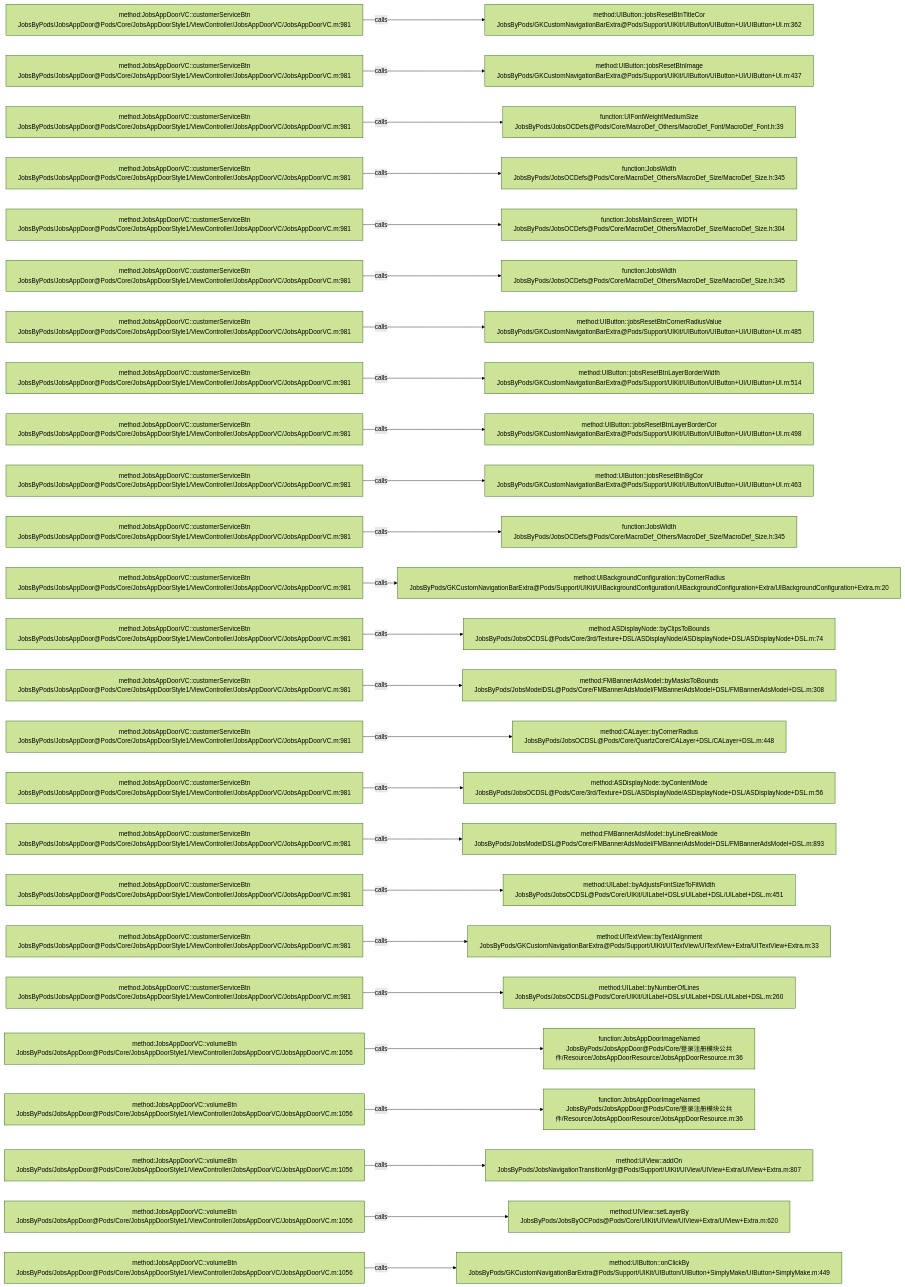
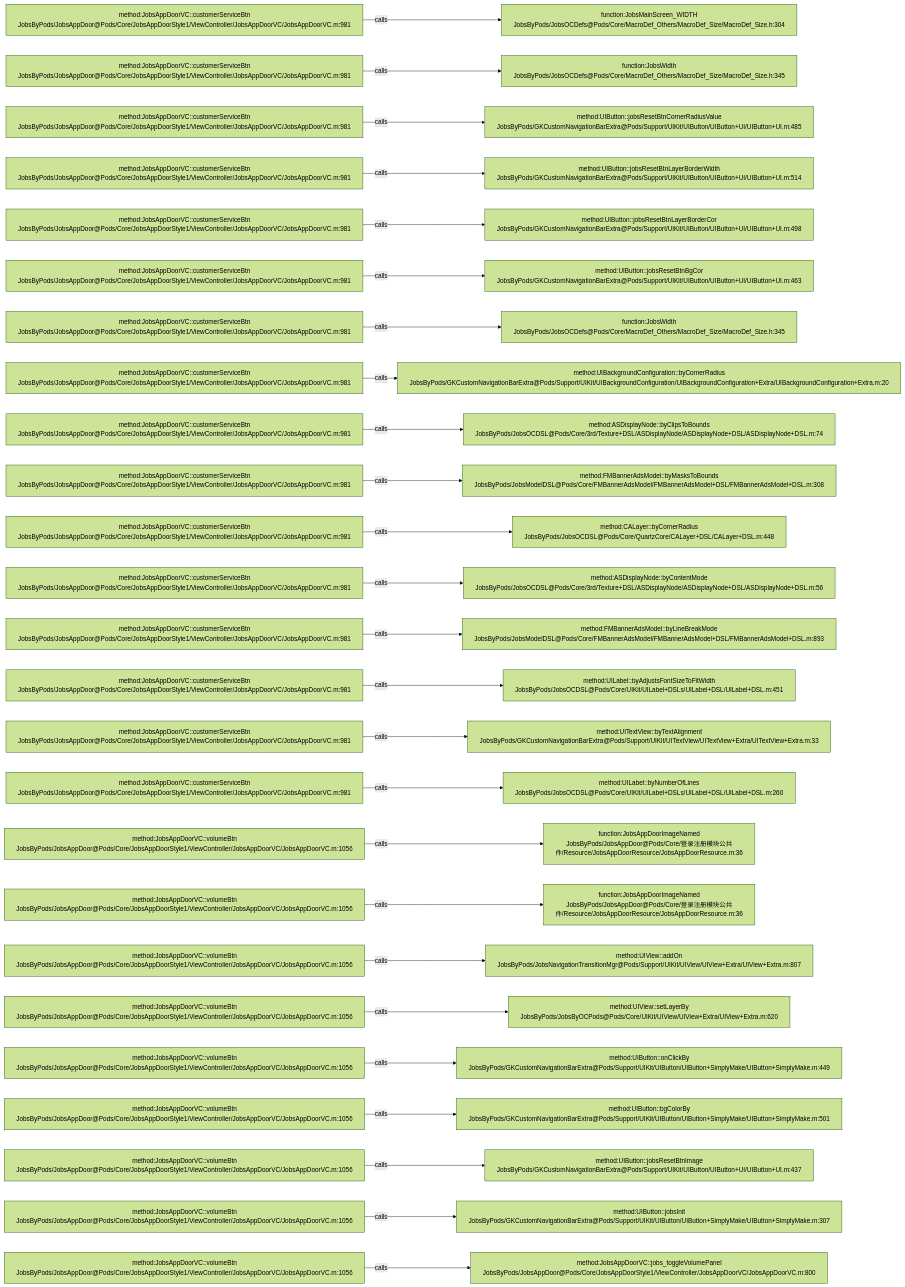
One commit to JobsKits/JobsOCBaseConfigDemo changed the diagram in .codegraph/codegraph.md/graphs/calls-114.md. Above: the diagram before and after it, drawn with Mermaid (forest theme). The commit also changed 116 other files, not shown here.

````diff
--- a/.codegraph/codegraph.md/graphs/calls-114.md
+++ b/.codegraph/codegraph.md/graphs/calls-114.md
@@ -13,78 +13,78 @@
 ```mermaid
 flowchart LR
   S1["method:JobsAppDoorVC::customerServiceBtn<br/>JobsByPods/JobsAppDoor@Pods/Core/JobsAppDoorStyle1/ViewController/JobsAppDoorVC/JobsAppDoorVC.m:981"]
-  T1["method:UIButton::jobsResetBtnTitleCor<br/>JobsByPods/GKCustomNavigationBarExtra@Pods/Support/UIKit/UIButton/UIButton+UI/UIButton+UI.m:362"]
+  T1["function:JobsMainScreen_WIDTH<br/>JobsByPods/JobsOCDefs@Pods/Core/MacroDef_Others/MacroDef_Size/MacroDef_Size.h:304"]
   S1 -->|calls| T1
   S2["method:JobsAppDoorVC::customerServiceBtn<br/>JobsByPods/JobsAppDoor@Pods/Core/JobsAppDoorStyle1/ViewController/JobsAppDoorVC/JobsAppDoorVC.m:981"]
-  T2["method:UIButton::jobsResetBtnImage<br/>JobsByPods/GKCustomNavigationBarExtra@Pods/Support/UIKit/UIButton/UIButton+UI/UIButton+UI.m:437"]
+  T2["function:JobsWidth<br/>JobsByPods/JobsOCDefs@Pods/Core/MacroDef_Others/MacroDef_Size/MacroDef_Size.h:345"]
   S2 -->|calls| T2
   S3["method:JobsAppDoorVC::customerServiceBtn<br/>JobsByPods/JobsAppDoor@Pods/Core/JobsAppDoorStyle1/ViewController/JobsAppDoorVC/JobsAppDoorVC.m:981"]
-  T3["function:UIFontWeightMediumSize<br/>JobsByPods/JobsOCDefs@Pods/Core/MacroDef_Others/MacroDef_Font/MacroDef_Font.h:39"]
+  T3["method:UIButton::jobsResetBtnCornerRadiusValue<br/>JobsByPods/GKCustomNavigationBarExtra@Pods/Support/UIKit/UIButton/UIButton+UI/UIButton+UI.m:485"]
   S3 -->|calls| T3
   S4["method:JobsAppDoorVC::customerServiceBtn<br/>JobsByPods/JobsAppDoor@Pods/Core/JobsAppDoorStyle1/ViewController/JobsAppDoorVC/JobsAppDoorVC.m:981"]
-  T4["function:JobsWidth<br/>JobsByPods/JobsOCDefs@Pods/Core/MacroDef_Others/MacroDef_Size/MacroDef_Size.h:345"]
+  T4["method:UIButton::jobsResetBtnLayerBorderWidth<br/>JobsByPods/GKCustomNavigationBarExtra@Pods/Support/UIKit/UIButton/UIButton+UI/UIButton+UI.m:514"]
   S4 -->|calls| T4
   S5["method:JobsAppDoorVC::customerServiceBtn<br/>JobsByPods/JobsAppDoor@Pods/Core/JobsAppDoorStyle1/ViewController/JobsAppDoorVC/JobsAppDoorVC.m:981"]
-  T5["function:JobsMainScreen_WIDTH<br/>JobsByPods/JobsOCDefs@Pods/Core/MacroDef_Others/MacroDef_Size/MacroDef_Size.h:304"]
+  T5["method:UIButton::jobsResetBtnLayerBorderCor<br/>JobsByPods/GKCustomNavigationBarExtra@Pods/Support/UIKit/UIButton/UIButton+UI/UIButton+UI.m:498"]
   S5 -->|calls| T5
   S6["method:JobsAppDoorVC::customerServiceBtn<br/>JobsByPods/JobsAppDoor@Pods/Core/JobsAppDoorStyle1/ViewController/JobsAppDoorVC/JobsAppDoorVC.m:981"]
-  T6["function:JobsWidth<br/>JobsByPods/JobsOCDefs@Pods/Core/MacroDef_Others/MacroDef_Size/MacroDef_Size.h:345"]
+  T6["method:UIButton::jobsResetBtnBgCor<br/>JobsByPods/GKCustomNavigationBarExtra@Pods/Support/UIKit/UIButton/UIButton+UI/UIButton+UI.m:463"]
   S6 -->|calls| T6
   S7["method:JobsAppDoorVC::customerServiceBtn<br/>JobsByPods/JobsAppDoor@Pods/Core/JobsAppDoorStyle1/ViewController/JobsAppDoorVC/JobsAppDoorVC.m:981"]
-  T7["method:UIButton::jobsResetBtnCornerRadiusValue<br/>JobsByPods/GKCustomNavigationBarExtra@Pods/Support/UIKit/UIButton/UIButton+UI/UIButton+UI.m:485"]
+  T7["function:JobsWidth<br/>JobsByPods/JobsOCDefs@Pods/Core/MacroDef_Others/MacroDef_Size/MacroDef_Size.h:345"]
   S7 -->|calls| T7
   S8["method:JobsAppDoorVC::customerServiceBtn<br/>JobsByPods/JobsAppDoor@Pods/Core/JobsAppDoorStyle1/ViewController/JobsAppDoorVC/JobsAppDoorVC.m:981"]
-  T8["method:UIButton::jobsResetBtnLayerBorderWidth<br/>JobsByPods/GKCustomNavigationBarExtra@Pods/Support/UIKit/UIButton/UIButton+UI/UIButton+UI.m:514"]
+  T8["method:UIBackgroundConfiguration::byCornerRadius<br/>JobsByPods/GKCustomNavigationBarExtra@Pods/Support/UIKit/UIBackgroundConfiguration/UIBackgroundConfiguration+Extra/UIBackgroundConfiguration+Extra.m:20"]
   S8 -->|calls| T8
   S9["method:JobsAppDoorVC::customerServiceBtn<br/>JobsByPods/JobsAppDoor@Pods/Core/JobsAppDoorStyle1/ViewController/JobsAppDoorVC/JobsAppDoorVC.m:981"]
-  T9["method:UIButton::jobsResetBtnLayerBorderCor<br/>JobsByPods/GKCustomNavigationBarExtra@Pods/Support/UIKit/UIButton/UIButton+UI/UIButton+UI.m:498"]
+  T9["method:ASDisplayNode::byClipsToBounds<br/>JobsByPods/JobsOCDSL@Pods/Core/3rd/Texture+DSL/ASDisplayNode/ASDisplayNode+DSL/ASDisplayNode+DSL.m:74"]
   S9 -->|calls| T9
   S10["method:JobsAppDoorVC::customerServiceBtn<br/>JobsByPods/JobsAppDoor@Pods/Core/JobsAppDoorStyle1/ViewController/JobsAppDoorVC/JobsAppDoorVC.m:981"]
-  T10["method:UIButton::jobsResetBtnBgCor<br/>JobsByPods/GKCustomNavigationBarExtra@Pods/Support/UIKit/UIButton/UIButton+UI/UIButton+UI.m:463"]
+  T10["method:FMBannerAdsModel::byMasksToBounds<br/>JobsByPods/JobsModelDSL@Pods/Core/FMBannerAdsModel/FMBannerAdsModel+DSL/FMBannerAdsModel+DSL.m:308"]
   S10 -->|calls| T10
   S11["method:JobsAppDoorVC::customerServiceBtn<br/>JobsByPods/JobsAppDoor@Pods/Core/JobsAppDoorStyle1/ViewController/JobsAppDoorVC/JobsAppDoorVC.m:981"]
-  T11["function:JobsWidth<br/>JobsByPods/JobsOCDefs@Pods/Core/MacroDef_Others/MacroDef_Size/MacroDef_Size.h:345"]
+  T11["method:CALayer::byCornerRadius<br/>JobsByPods/JobsOCDSL@Pods/Core/QuartzCore/CALayer+DSL/CALayer+DSL.m:448"]
   S11 -->|calls| T11
   S12["method:JobsAppDoorVC::customerServiceBtn<br/>JobsByPods/JobsAppDoor@Pods/Core/JobsAppDoorStyle1/ViewController/JobsAppDoorVC/JobsAppDoorVC.m:981"]
-  T12["method:UIBackgroundConfiguration::byCornerRadius<br/>JobsByPods/GKCustomNavigationBarExtra@Pods/Support/UIKit/UIBackgroundConfiguration/UIBackgroundConfiguration+Extra/UIBackgroundConfiguration+Extra.m:20"]
+  T12["method:ASDisplayNode::byContentMode<br/>JobsByPods/JobsOCDSL@Pods/Core/3rd/Texture+DSL/ASDisplayNode/ASDisplayNode+DSL/ASDisplayNode+DSL.m:56"]
   S12 -->|calls| T12
   S13["method:JobsAppDoorVC::customerServiceBtn<br/>JobsByPods/JobsAppDoor@Pods/Core/JobsAppDoorStyle1/ViewController/JobsAppDoorVC/JobsAppDoorVC.m:981"]
-  T13["method:ASDisplayNode::byClipsToBounds<br/>JobsByPods/JobsOCDSL@Pods/Core/3rd/Texture+DSL/ASDisplayNode/ASDisplayNode+DSL/ASDisplayNode+DSL.m:74"]
+  T13["method:FMBannerAdsModel::byLineBreakMode<br/>JobsByPods/JobsModelDSL@Pods/Core/FMBannerAdsModel/FMBannerAdsModel+DSL/FMBannerAdsModel+DSL.m:893"]
   S13 -->|calls| T13
   S14["method:JobsAppDoorVC::customerServiceBtn<br/>JobsByPods/JobsAppDoor@Pods/Core/JobsAppDoorStyle1/ViewController/JobsAppDoorVC/JobsAppDoorVC.m:981"]
-  T14["method:FMBannerAdsModel::byMasksToBounds<br/>JobsByPods/JobsModelDSL@Pods/Core/FMBannerAdsModel/FMBannerAdsModel+DSL/FMBannerAdsModel+DSL.m:308"]
+  T14["method:UILabel::byAdjustsFontSizeToFitWidth<br/>JobsByPods/JobsOCDSL@Pods/Core/UIKit/UILabel+DSLs/UILabel+DSL/UILabel+DSL.m:451"]
   S14 -->|calls| T14
   S15["method:JobsAppDoorVC::customerServiceBtn<br/>JobsByPods/JobsAppDoor@Pods/Core/JobsAppDoorStyle1/ViewController/JobsAppDoorVC/JobsAppDoorVC.m:981"]
-  T15["method:CALayer::byCornerRadius<br/>JobsByPods/JobsOCDSL@Pods/Core/QuartzCore/CALayer+DSL/CALayer+DSL.m:448"]
+  T15["method:UITextView::byTextAlignment<br/>JobsByPods/GKCustomNavigationBarExtra@Pods/Support/UIKit/UITextView/UITextView+Extra/UITextView+Extra.m:33"]
   S15 -->|calls| T15
   S16["method:JobsAppDoorVC::customerServiceBtn<br/>JobsByPods/JobsAppDoor@Pods/Core/JobsAppDoorStyle1/ViewController/JobsAppDoorVC/JobsAppDoorVC.m:981"]
-  T16["method:ASDisplayNode::byContentMode<br/>JobsByPods/JobsOCDSL@Pods/Core/3rd/Texture+DSL/ASDisplayNode/ASDisplayNode+DSL/ASDisplayNode+DSL.m:56"]
+  T16["method:UILabel::byNumberOfLines<br/>JobsByPods/JobsOCDSL@Pods/Core/UIKit/UILabel+DSLs/UILabel+DSL/UILabel+DSL.m:260"]
   S16 -->|calls| T16
-  S17["method:JobsAppDoorVC::customerServiceBtn<br/>JobsByPods/JobsAppDoor@Pods/Core/JobsAppDoorStyle1/ViewController/JobsAppDoorVC/JobsAppDoorVC.m:981"]
-  T17["method:FMBannerAdsModel::byLineBreakMode<br/>JobsByPods/JobsModelDSL@Pods/Core/FMBannerAdsModel/FMBannerAdsModel+DSL/FMBannerAdsModel+DSL.m:893"]
+  S17["method:JobsAppDoorVC::volumeBtn<br/>JobsByPods/JobsAppDoor@Pods/Core/JobsAppDoorStyle1/ViewController/JobsAppDoorVC/JobsAppDoorVC.m:1056"]
+  T17["function:JobsAppDoorImageNamed<br/>JobsByPods/JobsAppDoor@Pods/Core/登录注册模块公共件/Resource/JobsAppDoorResource/JobsAppDoorResource.m:36"]
   S17 -->|calls| T17
-  S18["method:JobsAppDoorVC::customerServiceBtn<br/>JobsByPods/JobsAppDoor@Pods/Core/JobsAppDoorStyle1/ViewController/JobsAppDoorVC/JobsAppDoorVC.m:981"]
-  T18["method:UILabel::byAdjustsFontSizeToFitWidth<br/>JobsByPods/JobsOCDSL@Pods/Core/UIKit/UILabel+DSLs/UILabel+DSL/UILabel+DSL.m:451"]
+  S18["method:JobsAppDoorVC::volumeBtn<br/>JobsByPods/JobsAppDoor@Pods/Core/JobsAppDoorStyle1/ViewController/JobsAppDoorVC/JobsAppDoorVC.m:1056"]
+  T18["function:JobsAppDoorImageNamed<br/>JobsByPods/JobsAppDoor@Pods/Core/登录注册模块公共件/Resource/JobsAppDoorResource/JobsAppDoorResource.m:36"]
   S18 -->|calls| T18
-  S19["method:JobsAppDoorVC::customerServiceBtn<br/>JobsByPods/JobsAppDoor@Pods/Core/JobsAppDoorStyle1/ViewController/JobsAppDoorVC/JobsAppDoorVC.m:981"]
-  T19["method:UITextView::byTextAlignment<br/>JobsByPods/GKCustomNavigationBarExtra@Pods/Support/UIKit/UITextView/UITextView+Extra/UITextView+Extra.m:33"]
+  S19["method:JobsAppDoorVC::volumeBtn<br/>JobsByPods/JobsAppDoor@Pods/Core/JobsAppDoorStyle1/ViewController/JobsAppDoorVC/JobsAppDoorVC.m:1056"]
+  T19["method:UIView::addOn<br/>JobsByPods/JobsNavigationTransitionMgr@Pods/Support/UIKit/UIView/UIView+Extra/UIView+Extra.m:807"]
   S19 -->|calls| T19
-  S20["method:JobsAppDoorVC::customerServiceBtn<br/>JobsByPods/JobsAppDoor@Pods/Core/JobsAppDoorStyle1/ViewController/JobsAppDoorVC/JobsAppDoorVC.m:981"]
-  T20["method:UILabel::byNumberOfLines<br/>JobsByPods/JobsOCDSL@Pods/Core/UIKit/UILabel+DSLs/UILabel+DSL/UILabel+DSL.m:260"]
+  S20["method:JobsAppDoorVC::volumeBtn<br/>JobsByPods/JobsAppDoor@Pods/Core/JobsAppDoorStyle1/ViewController/JobsAppDoorVC/JobsAppDoorVC.m:1056"]
+  T20["method:UIView::setLayerBy<br/>JobsByPods/JobsByOCPods@Pods/Core/UIKit/UIView/UIView+Extra/UIView+Extra.m:620"]
   S20 -->|calls| T20
   S21["method:JobsAppDoorVC::volumeBtn<br/>JobsByPods/JobsAppDoor@Pods/Core/JobsAppDoorStyle1/ViewController/JobsAppDoorVC/JobsAppDoorVC.m:1056"]
-  T21["function:JobsAppDoorImageNamed<br/>JobsByPods/JobsAppDoor@Pods/Core/登录注册模块公共件/Resource/JobsAppDoorResource/JobsAppDoorResource.m:36"]
+  T21["method:UIButton::onClickBy<br/>JobsByPods/GKCustomNavigationBarExtra@Pods/Support/UIKit/UIButton/UIButton+SimplyMake/UIButton+SimplyMake.m:449"]
   S21 -->|calls| T21
   S22["method:JobsAppDoorVC::volumeBtn<br/>JobsByPods/JobsAppDoor@Pods/Core/JobsAppDoorStyle1/ViewController/JobsAppDoorVC/JobsAppDoorVC.m:1056"]
-  T22["function:JobsAppDoorImageNamed<br/>JobsByPods/JobsAppDoor@Pods/Core/登录注册模块公共件/Resource/JobsAppDoorResource/JobsAppDoorResource.m:36"]
+  T22["method:UIButton::bgColorBy<br/>JobsByPods/GKCustomNavigationBarExtra@Pods/Support/UIKit/UIButton/UIButton+SimplyMake/UIButton+SimplyMake.m:501"]
   S22 -->|calls| T22
   S23["method:JobsAppDoorVC::volumeBtn<br/>JobsByPods/JobsAppDoor@Pods/Core/JobsAppDoorStyle1/ViewController/JobsAppDoorVC/JobsAppDoorVC.m:1056"]
-  T23["method:UIView::addOn<br/>JobsByPods/JobsNavigationTransitionMgr@Pods/Support/UIKit/UIView/UIView+Extra/UIView+Extra.m:807"]
+  T23["method:UIButton::jobsResetBtnImage<br/>JobsByPods/GKCustomNavigationBarExtra@Pods/Support/UIKit/UIButton/UIButton+UI/UIButton+UI.m:437"]
   S23 -->|calls| T23
   S24["method:JobsAppDoorVC::volumeBtn<br/>JobsByPods/JobsAppDoor@Pods/Core/JobsAppDoorStyle1/ViewController/JobsAppDoorVC/JobsAppDoorVC.m:1056"]
-  T24["method:UIView::setLayerBy<br/>JobsByPods/JobsByOCPods@Pods/Core/UIKit/UIView/UIView+Extra/UIView+Extra.m:620"]
+  T24["method:UIButton::jobsInit<br/>JobsByPods/GKCustomNavigationBarExtra@Pods/Support/UIKit/UIButton/UIButton+SimplyMake/UIButton+SimplyMake.m:307"]
   S24 -->|calls| T24
   S25["method:JobsAppDoorVC::volumeBtn<br/>JobsByPods/JobsAppDoor@Pods/Core/JobsAppDoorStyle1/ViewController/JobsAppDoorVC/JobsAppDoorVC.m:1056"]
-  T25["method:UIButton::onClickBy<br/>JobsByPods/GKCustomNavigationBarExtra@Pods/Support/UIKit/UIButton/UIButton+SimplyMake/UIButton+SimplyMake.m:449"]
+  T25["method:JobsAppDoorVC::jobs_toggleVolumePanel<br/>JobsByPods/JobsAppDoor@Pods/Core/JobsAppDoorStyle1/ViewController/JobsAppDoorVC/JobsAppDoorVC.m:800"]
   S25 -->|calls| T25
 ```
````
